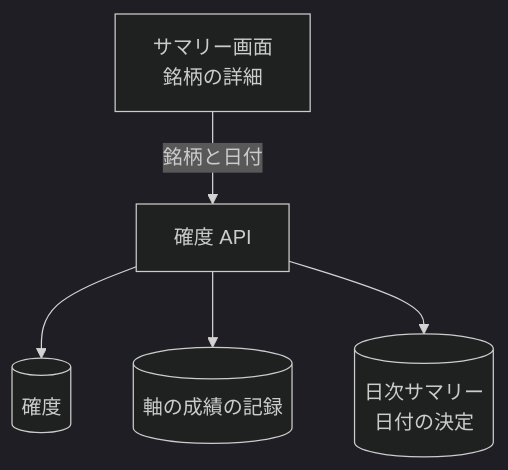
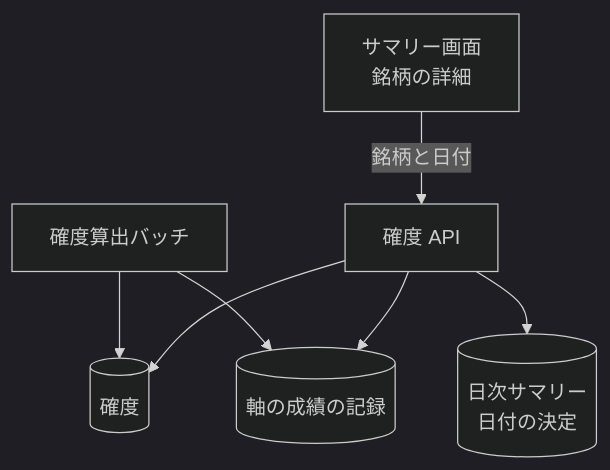
One commit to nagiyu/nagiyu-platform changed the diagram in docs/specs/stock-tracker/api/forecasts.md. Above: the diagram before and after it, drawn with Mermaid (dark theme). The commit also changed other lines of this file and 26 other files, not shown here.

````diff
--- a/docs/specs/stock-tracker/api/forecasts.md
+++ b/docs/specs/stock-tracker/api/forecasts.md
@@ -64,7 +64,9 @@
 ```mermaid
 flowchart TD
     S[サマリー画面<br/>銘柄の詳細] -->|銘柄と日付| A[確度 API]
-    A --> F[(確度)]
-    A --> M[(軸の成績の記録)]
+    B[確度算出バッチ] --> F[(確度)]
+    B --> M[(軸の成績の記録)]
+    A --> F
+    A --> M
     A --> D[(日次サマリー<br/>日付の決定)]
 ```
````
